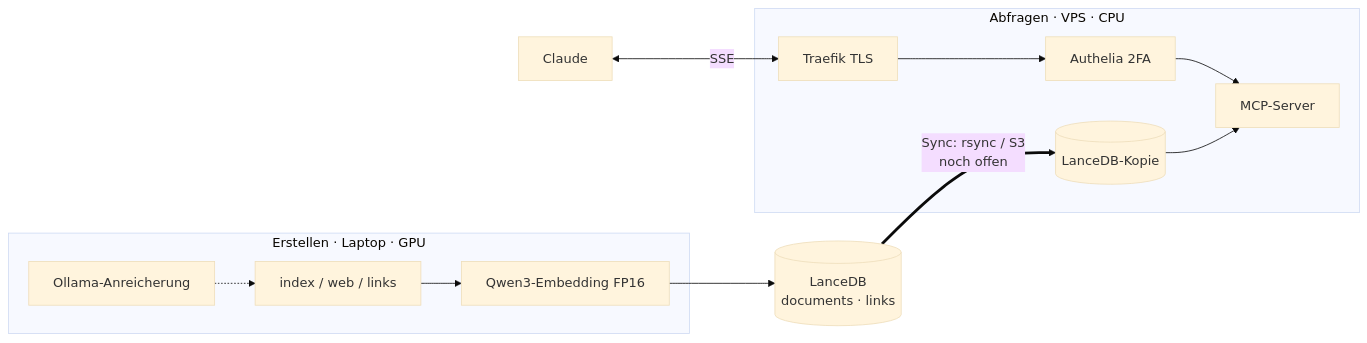
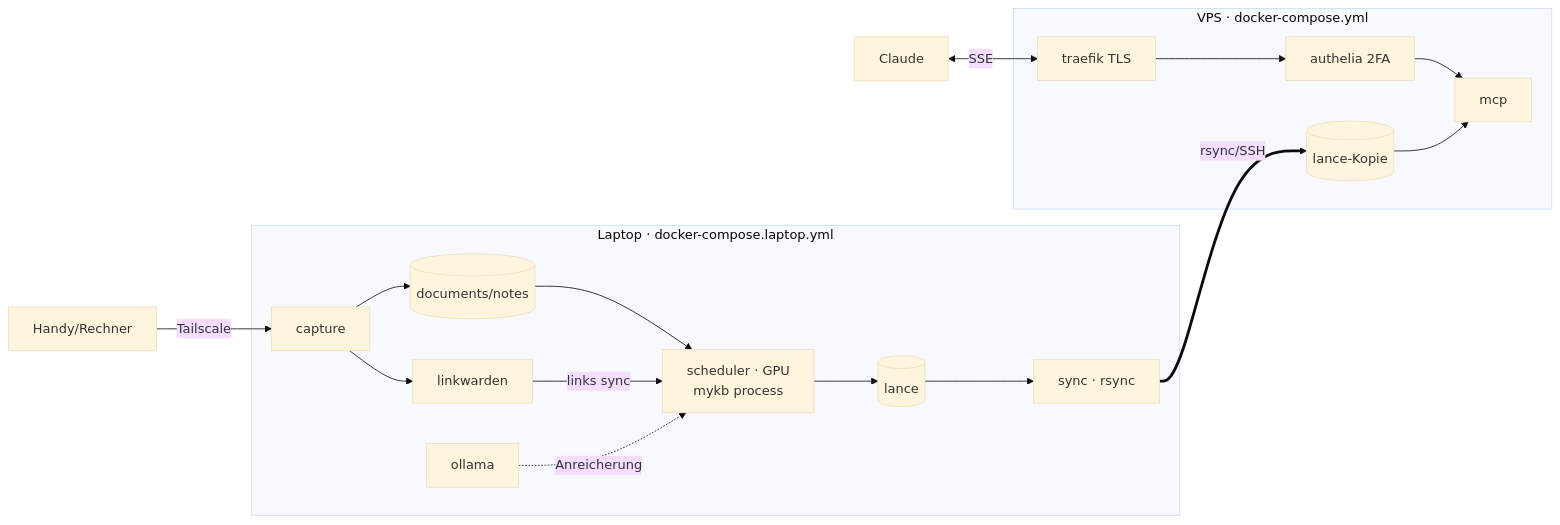
The diagram in docs/deployment.md (kaijen/mykb), drawn with Mermaid (base theme) before and after one commit. The commit also changed other lines of this file and 8 other files, not shown here.

First line of the commit message:
Docker-first für beide Maschinen (Laptop GPU + VPS)

````diff
--- a/docs/deployment.md
+++ b/docs/deployment.md
@@ -6,18 +7,19 @@
 ```mermaid
 flowchart LR
-    subgraph Laptop [Erstellen · Laptop · GPU]
-        ING[index / web / links]
-        EMB[Qwen3-Embedding FP16]
-        ENR[Ollama-Anreicherung]
-        ING --> EMB
-        ENR -.-> ING
+    subgraph Laptop [Laptop · docker-compose.laptop.yml]
+        CAP[capture] --> DOCS[(documents/notes)]
+        CAP --> LWC[linkwarden]
+        SCH[scheduler · GPU<br/>mykb process] --> LNC[(lance)]
+        DOCS --> SCH
+        LWC -->|links sync| SCH
+        OLL[ollama] -.Anreicherung.-> SCH
+        LNC --> SY[sync · rsync]
     end
-    DB[(LanceDB<br/>documents · links)]
-    EMB --> DB
-    DB ==>|Sync: rsync / S3<br/>noch offen| DBV[(LanceDB-Kopie)]
-    subgraph VPS [Abfragen · VPS · CPU]
-        TR[Traefik TLS] --> AU[Authelia 2FA] --> SRV[MCP-Server]
-        DBV --> SRV
+    SY ==>|rsync/SSH| LNV[(lance-Kopie)]
+    subgraph VPS [VPS · docker-compose.yml]
+        TR[traefik TLS] --> AU[authelia 2FA] --> MCP[mcp]
+        LNV --> MCP
     end
+    PH[Handy/Rechner] -->|Tailscale| CAP
     CL[Claude] <-->|SSE| TR
 ```
````
